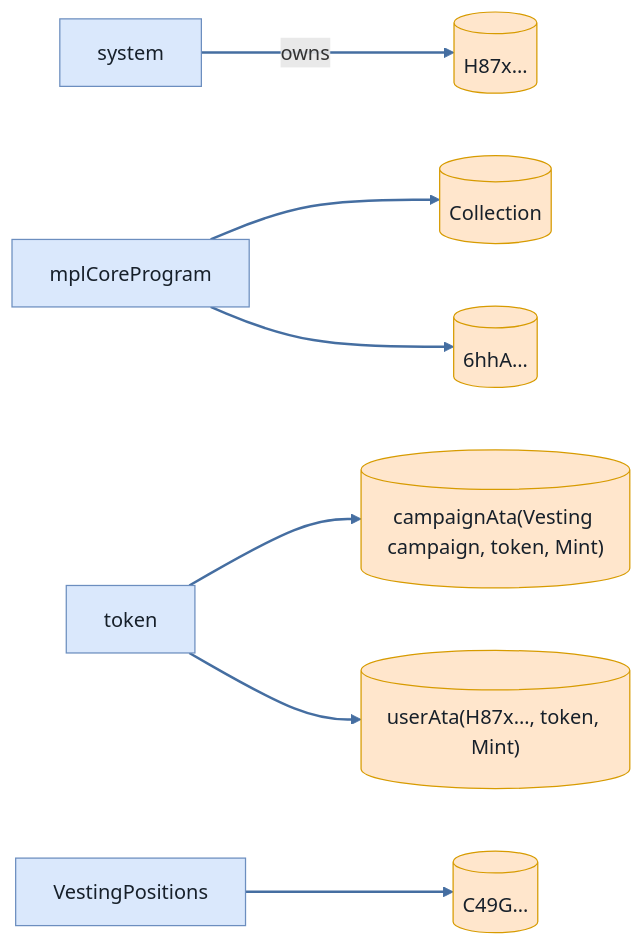
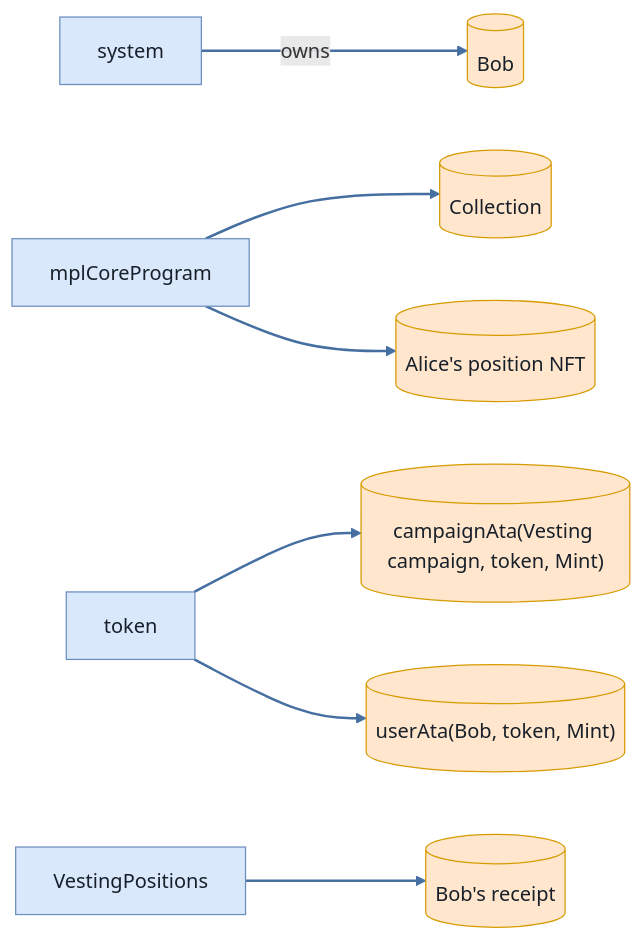
Before and after one commit to cds-turbin3/vesting-position: diagram 12 of 15 in babelfish-tests/test-report/clawback_unclaimed_succeeds_despite_buyers_zeroed_receipt.md, drawn with Mermaid. The commit also changed other lines of this file and 104 other files, not shown here.

````diff
--- a/babelfish-tests/test-report/clawback_unclaimed_succeeds_despite_buyers_zeroed_receipt.md
+++ b/babelfish-tests/test-report/clawback_unclaimed_succeeds_despite_buyers_zeroed_receipt.md
@@ -540,23 +540,23 @@
 ```mermaid
 flowchart LR
     system["system"]:::program
-    H87x[("H87x…")]:::state
+    Bob[("Bob")]:::state
     mplCoreProgram["mplCoreProgram"]:::program
     Collection[("Collection")]:::state
     token["token"]:::program
     campaignAtaVestingcampaigntokenMint[("campaignAta(Vesting campaign, token, Mint)")]:::state
-    userAtaH87xtokenMint[("userAta(H87x…, token, Mint)")]:::state
-    n6hhA[("6hhA…")]:::state
+    userAtaBobtokenMint[("userAta(Bob, token, Mint)")]:::state
+    AlicespositionNFT[("Alice's position NFT")]:::state
     VestingPositions["VestingPositions"]:::program
-    C49G[("C49G…")]:::state
-    system -->|owns| H87x
+    Bobsreceipt[("Bob's receipt")]:::state
+    system -->|owns| Bob
     mplCoreProgram --> Collection
     token --> campaignAtaVestingcampaigntokenMint
-    token --> userAtaH87xtokenMint
-    mplCoreProgram --> n6hhA
-    VestingPositions --> C49G
+    token --> userAtaBobtokenMint
+    mplCoreProgram --> AlicespositionNFT
+    VestingPositions --> Bobsreceipt
     classDef program fill:#dae8fc,stroke:#6c8ebf,color:#17202a;
     classDef signer fill:#d5e8d4,stroke:#82b366,color:#17202a;
     classDef state fill:#ffe6cc,stroke:#d79b00,color:#17202a;
     linkStyle 0,1,2,3,4,5 stroke:#456ea1,stroke-width:2px
 ```
````
